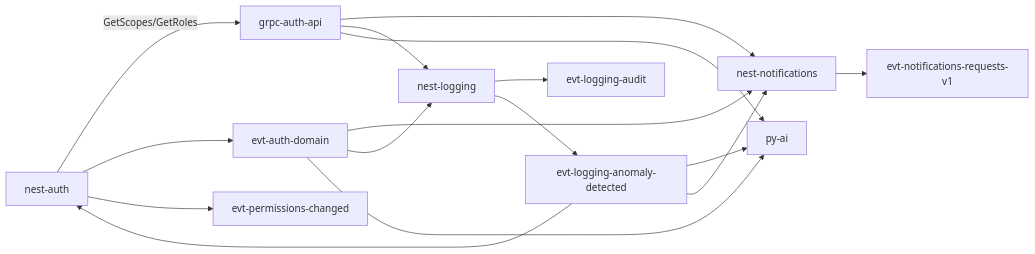
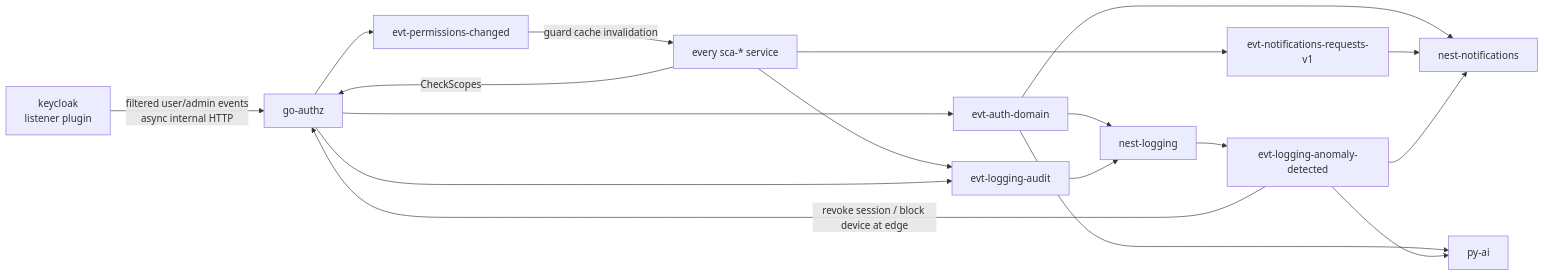
One commit to sca-templates/sca-docs changed the first of 2 diagrams in 03-connections-map/connection-map.md. Above: the diagram before and after it, drawn with Mermaid. The commit also changed other lines of this file and 31 other files, not shown here.

First line of the commit message:
docs(auth): replace nest-auth with keycloak and go-authz

````diff
--- a/03-connections-map/connection-map.md
+++ b/03-connections-map/connection-map.md
@@ -16,25 +16,28 @@
 ```mermaid
 graph LR
-  AUTH[nest-auth]
+  KC[keycloak<br>listener plugin]
+  AUTHZ[go-authz]
+  SVC[every sca-* service]
   NOTIF[nest-notifications]
   LOGG[nest-logging]
   AI[py-ai]
 
-  AUTH -- GetScopes/GetRoles --> API[grpc-auth-api]
-  API --> NOTIF
-  API --> LOGG
-  API --> AI
+  KC -- filtered user/admin events<br>async internal HTTP --> AUTHZ
+  SVC -- CheckScopes --> AUTHZ
 
-  AUTH --> AUTH_EV[evt-auth-domain]
-  AUTH --> PERM[evt-permissions-changed]
+  AUTHZ --> AUTH_EV[evt-auth-domain]
+  AUTHZ --> PERM[evt-permissions-changed]
+  SVC & AUTHZ --> AUD[evt-logging-audit]
+  SVC --> REQ[evt-notifications-requests-v1]
+  LOGG --> ANOM[evt-logging-anomaly-detected]
+
   AUTH_EV --> NOTIF
   AUTH_EV --> LOGG
   AUTH_EV --> AI
-
-  NOTIF --> REQ[evt-notifications-requests-v1]
-  LOGG --> AUD[evt-logging-audit]
-  LOGG --> ANOM[evt-logging-anomaly-detected]
+  PERM -- guard cache invalidation --> SVC
+  AUD --> LOGG
+  REQ --> NOTIF
   ANOM --> AI
   ANOM --> NOTIF
-  ANOM --> AUTH
+  ANOM -- revoke session / block device at edge --> AUTHZ
 ```
````
